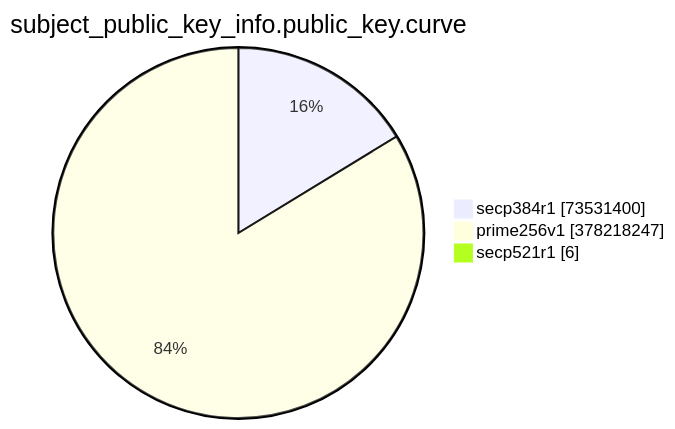
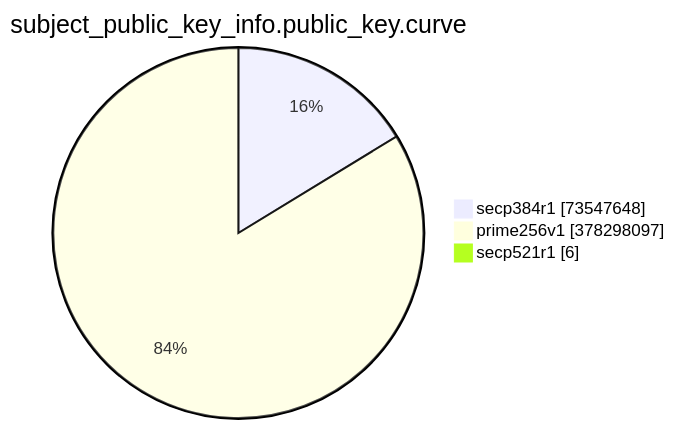
One commit to christiankrug/ctmonitor_visualization changed the eighth of 15 diagrams in TOTAL/README.md. Above: the diagram before and after it, drawn with Mermaid. The commit also changed other lines of this file, not shown here.

````diff
--- a/TOTAL/README.md
+++ b/TOTAL/README.md
@@ -3094,7 +3094,7 @@
 ```mermaid
 pie showData
 title subject_public_key_info.public_key.curve
-"secp384r1" :73531400
-"prime256v1" :378218247
+"secp384r1" :73547648
+"prime256v1" :378298097
 "secp521r1" :6
 ```
````
